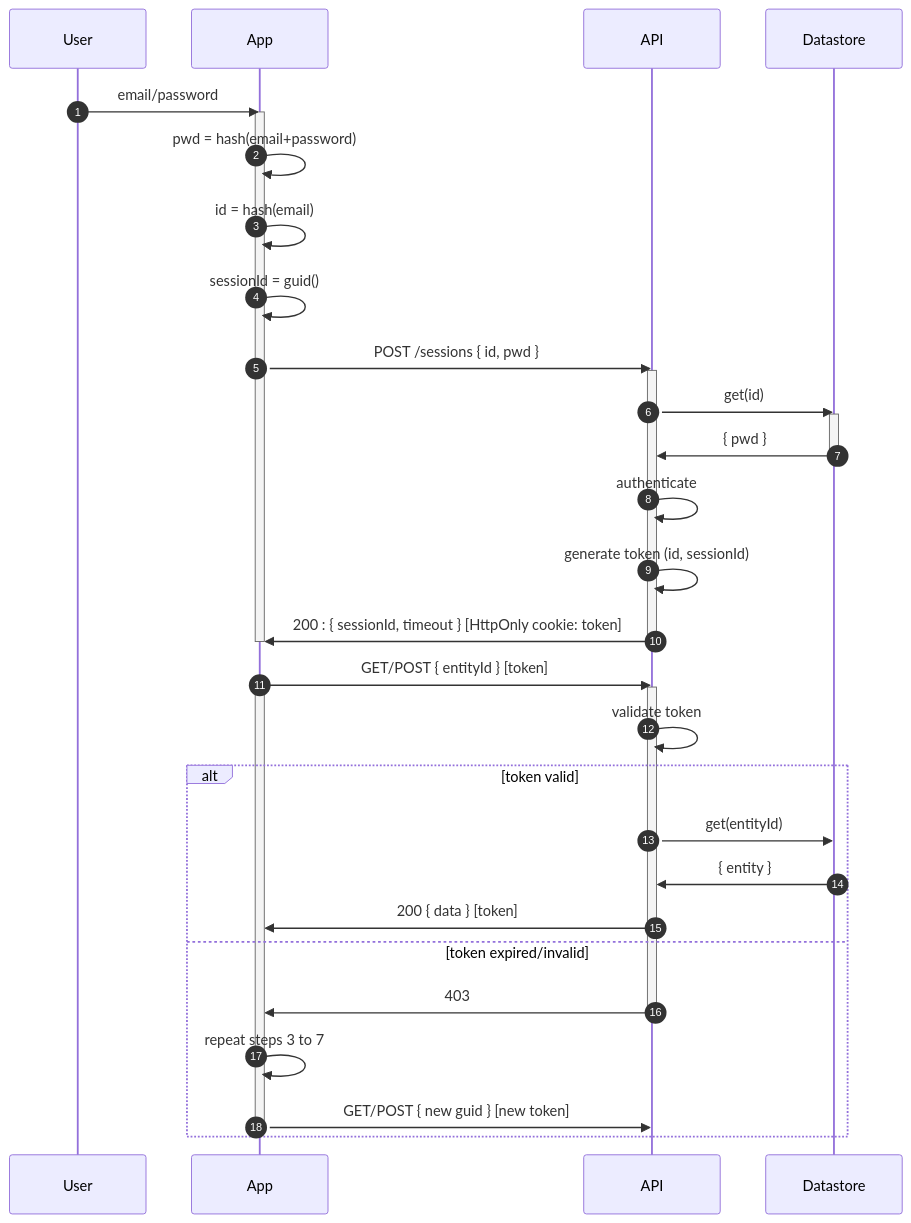
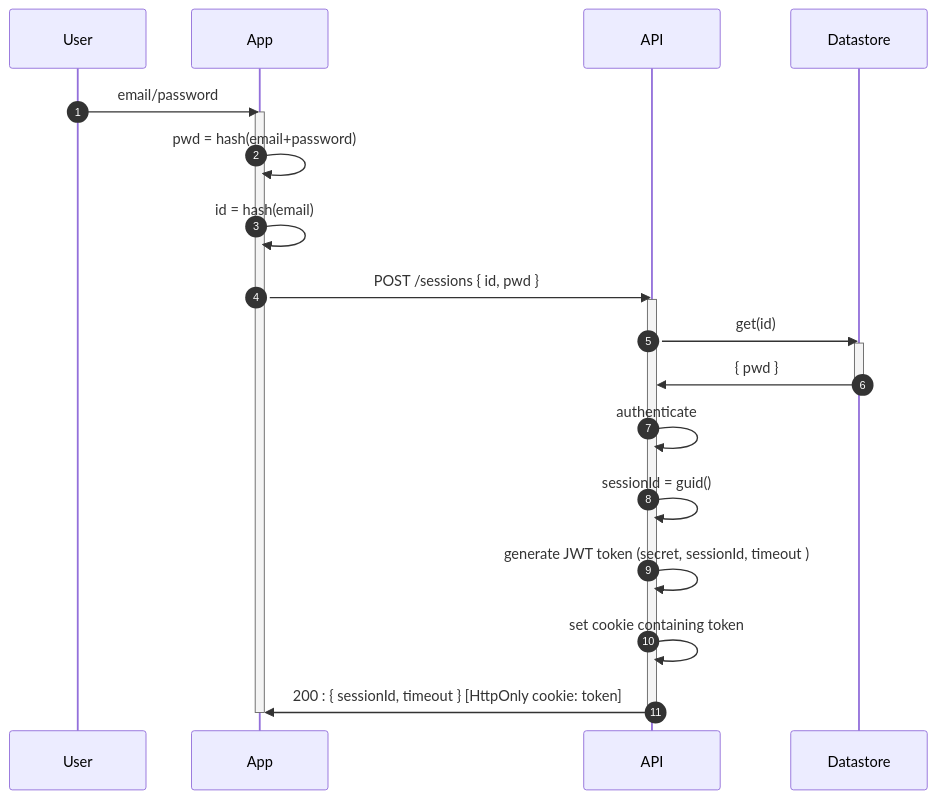
One commit to numical/my-finances changed the second of 3 diagrams in docs/stateless-server-sequence-diagrams.md. Above: the diagram before and after it, drawn with Mermaid. The commit also changed other lines of this file and 1 other file, not shown here.

````diff
--- a/docs/stateless-server-sequence-diagrams.md
+++ b/docs/stateless-server-sequence-diagrams.md
@@ -22,37 +38,21 @@
 ```mermaid
 sequenceDiagram
   autonumber
   User->>App: email/password
   activate App
   App->>App: pwd = hash(email+password)
   App->>App: id = hash(email)
-  App->>App: sessionId = guid()
   App->>API: POST /sessions { id, pwd }
   activate API
   API->>Datastore: get(id)
   activate Datastore
   Datastore->>API: { pwd }
   deactivate Datastore
   API->>API: authenticate
-  API->>API: generate token (id, sessionId) 
+  API->>API: sessionId = guid()
+  API->>API: generate JWT token (secret, sessionId, timeout ) 
+  API->>API: set cookie containing token
   API->>App: 200 : { sessionId, timeout } [HttpOnly cookie: token]
   deactivate API
   deactivate App
-  App->>API: GET/POST { entityId } [token]
-  activate App
-  activate API
-  API->>API: validate token
-  alt token valid
-  API->>Datastore: get(entityId)
-  activate Datastore
-  Datastore->>API: { entity }
-  activate Datastore
-  API->>App: 200 { data } [token]
-  else token expired/invalid
-  API->>App: 403
-  deactivate API
-  App->>App: repeat steps 3 to 7
-  App->>API: GET/POST { new guid } [new token]
-  deactivate App
-  end
 ```
````
